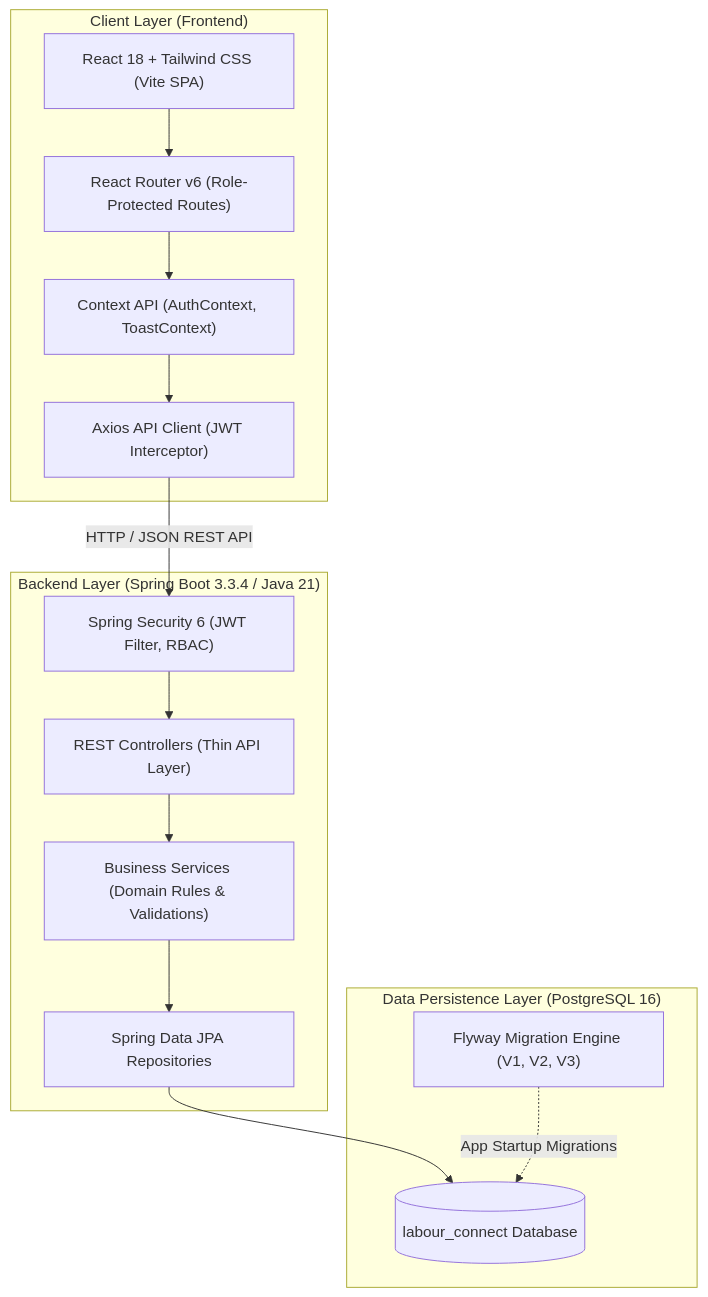
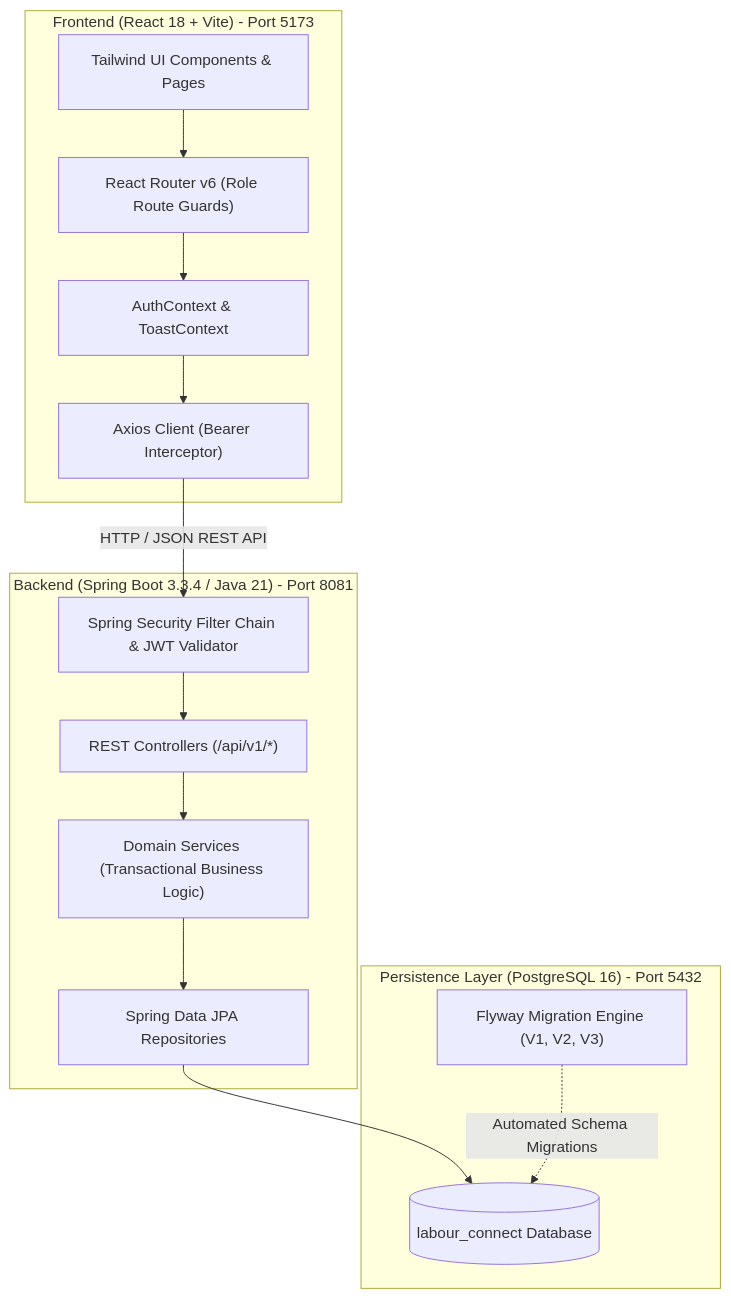
One commit to Prince376pb/LabourConnect changed the first of 2 diagrams in README.md. Above: the diagram before and after it, drawn with Mermaid. The commit also changed other lines of this file, not shown here.

````diff
--- a/README.md
+++ b/README.md
@@ -57,31 +105,31 @@
 ```mermaid
 flowchart TD
-    subgraph ClientLayer ["Client Layer (Frontend)"]
-        ReactApp["React 18 + Tailwind CSS (Vite SPA)"]
-        Router["React Router v6 (Role-Protected Routes)"]
-        State["Context API (AuthContext, ToastContext)"]
-        APIClient["Axios API Client (JWT Interceptor)"]
+    subgraph Client ["Frontend (React 18 + Vite) - Port 5173"]
+        UI["Tailwind UI Components & Pages"]
+        Router["React Router v6 (Role Route Guards)"]
+        Context["AuthContext & ToastContext"]
+        Axios["Axios Client (Bearer Interceptor)"]
     end
 
-    subgraph BackendLayer ["Backend Layer (Spring Boot 3.3.4 / Java 21)"]
-        Security["Spring Security 6 (JWT Filter, RBAC)"]
-        Controllers["REST Controllers (Thin API Layer)"]
-        Services["Business Services (Domain Rules & Validations)"]
+    subgraph Server ["Backend (Spring Boot 3.3.4 / Java 21) - Port 8081"]
+        Security["Spring Security Filter Chain & JWT Validator"]
+        Controllers["REST Controllers (/api/v1/*)"]
+        Services["Domain Services (Transactional Business Logic)"]
         Repos["Spring Data JPA Repositories"]
     end
 
-    subgraph DataLayer ["Data Persistence Layer (PostgreSQL 16)"]
+    subgraph Database ["Persistence Layer (PostgreSQL 16) - Port 5432"]
         Flyway["Flyway Migration Engine (V1, V2, V3)"]
-        PostgresDB[("labour_connect Database")]
+        DB[("labour_connect Database")]
     end
 
-    ReactApp --> Router
-    Router --> State
-    State --> APIClient
-    APIClient -->|HTTP / JSON REST API| Security
+    UI --> Router
+    Router --> Context
+    Context --> Axios
+    Axios -->|HTTP / JSON REST API| Security
     Security --> Controllers
     Controllers --> Services
     Services --> Repos
-    Repos --> PostgresDB
-    Flyway -.->|App Startup Migrations| PostgresDB
+    Repos --> DB
+    Flyway -.->|Automated Schema Migrations| DB
 ```
````
